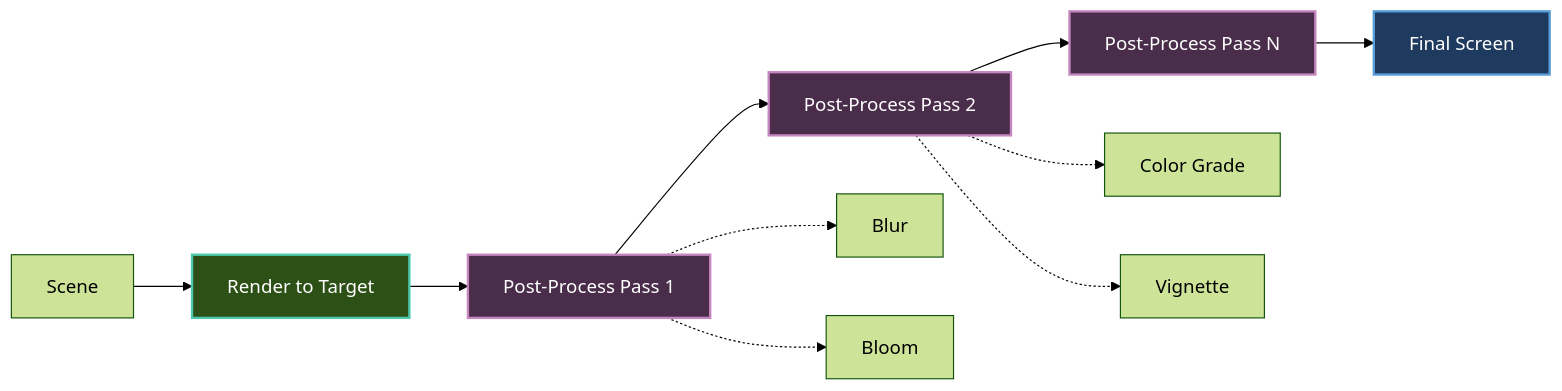
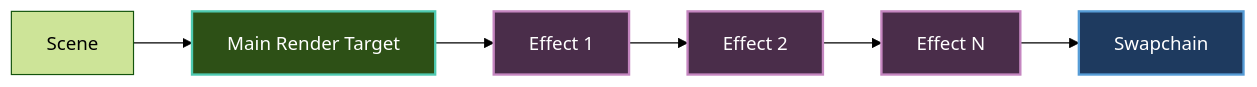
Before and after one commit to CrazyPickleStudios/Brine2D-Documentation: the diagram in docs/rendering/post-processing.md, drawn with Mermaid (forest theme). The commit also changed other lines of this file, not shown here.

Commit message:
updated post-processing to match for overhaul.

````diff
--- a/docs/rendering/post-processing.md
+++ b/docs/rendering/post-processing.md
@@ -26,19 +21,14 @@
 ```mermaid
 graph LR
-    A[Scene] --> B[Render to Target]
-    B --> C[Post-Process Pass 1]
-    C --> D[Post-Process Pass 2]
-    D --> E[Post-Process Pass N]
-    E --> F[Final Screen]
-    
-    C -.-> C1[Blur]
-    C -.-> C2[Bloom]
-    D -.-> D1[Color Grade]
-    D -.-> D2[Vignette]
-    
+    A[Scene] --> B[Main Render Target]
+    B --> C[Effect 1]
+    C --> D[Effect 2]
+    D --> E[Effect N]
+    E --> F[Swapchain]
+
     style B fill:#2d5016,stroke:#4ec9b0,stroke-width:2px,color:#fff
     style C fill:#4a2d4a,stroke:#c586c0,stroke-width:2px,color:#fff
     style D fill:#4a2d4a,stroke:#c586c0,stroke-width:2px,color:#fff
     style E fill:#4a2d4a,stroke:#c586c0,stroke-width:2px,color:#fff
     style F fill:#1e3a5f,stroke:#569cd6,stroke-width:2px,color:#fff
 ```
````
